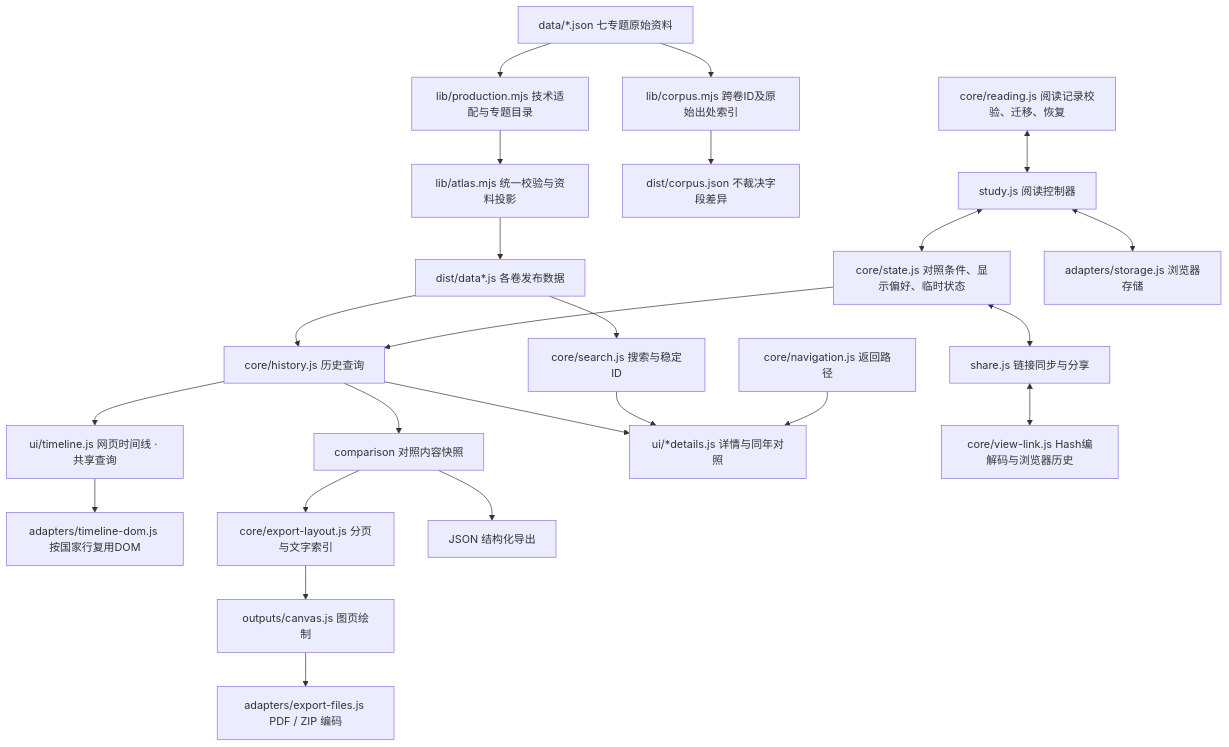
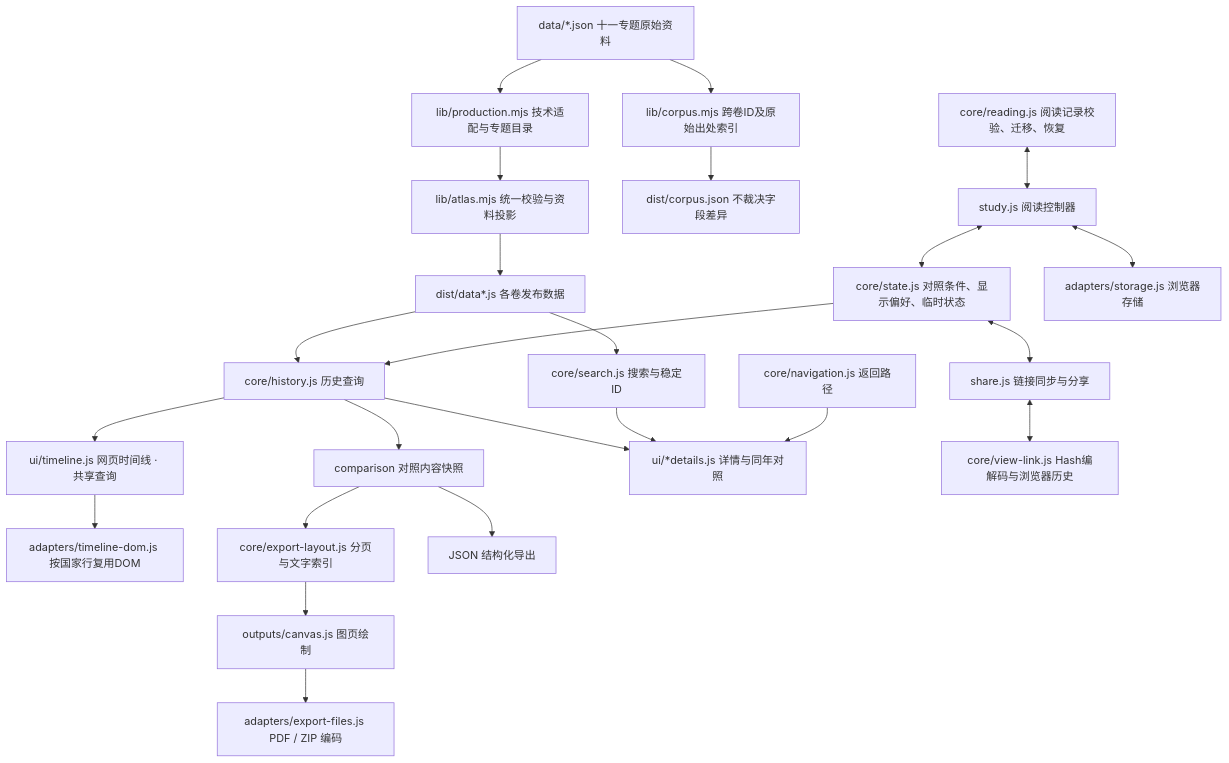
One commit to Chrunge/Chinese-Dynasty-Timeline changed the diagram in docs/ARCHITECTURE.md. Above: the diagram before and after it, drawn with Mermaid. The commit also changed 45 other files, not shown here.

````diff
--- a/docs/ARCHITECTURE.md
+++ b/docs/ARCHITECTURE.md
@@ -5,26 +5,26 @@
 ```mermaid
 flowchart TB
-  A["data/*.json 七专题原始资料"] --> Q["lib/production.mjs 技术适配与专题目录"]
+  A["data/*.json 十一专题原始资料"] --> Q["lib/production.mjs 技术适配与专题目录"]
   Q --> B["lib/atlas.mjs 统一校验与资料投影"]
   B --> C["dist/data*.js 各卷发布数据"]
   A --> I["lib/corpus.mjs 跨卷ID及原始出处索引"]
   I --> O["dist/corpus.json 不裁决字段差异"]
   C --> H["core/history.js 历史查询"]
   C --> S["core/search.js 搜索与稳定ID"]
   U["core/state.js 对照条件、显示偏好、临时状态"] --> H
   H --> M["comparison 对照内容快照"]
   H --> W["ui/timeline.js 网页时间线 · 共享查询"]
   W --> K["adapters/timeline-dom.js 按国家行复用DOM"]
   M --> E["core/export-layout.js 分页与文字索引"]
   M --> J["JSON 结构化导出"]
   E --> P["outputs/canvas.js 图页绘制"]
   P --> F["adapters/export-files.js PDF / ZIP 编码"]
   H --> D["ui/*details.js 详情与同年对照"]
   S --> D
   N["core/navigation.js 返回路径"] --> D
   R["core/reading.js 阅读记录校验、迁移、恢复"] <--> T["study.js 阅读控制器"]
   T <--> U
   T <--> L["adapters/storage.js 浏览器存储"]
   U <--> V["share.js 链接同步与分享"]
   V <--> X["core/view-link.js Hash编解码与浏览器历史"]
 ```
````
